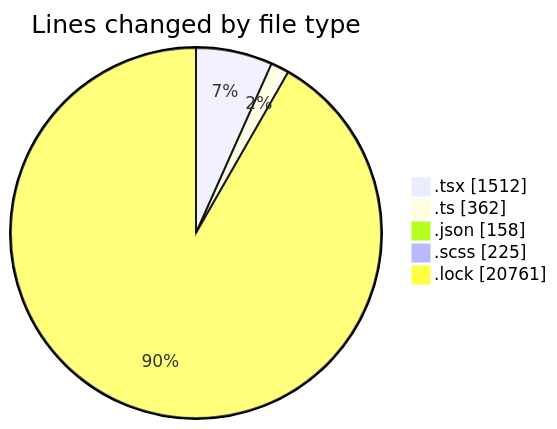
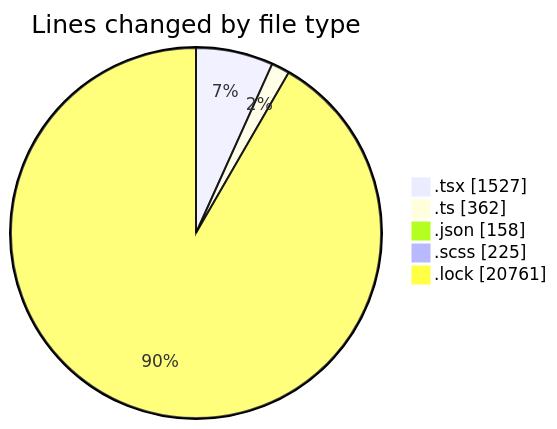
Before and after one commit to momahboobian/code-tracking: the first of 2 diagrams in 2025-04-29/cda/README.md, drawn with Mermaid. The commit also changed other lines of this file and 1 other file, not shown here.

````diff
--- a/2025-04-29/cda/README.md
+++ b/2025-04-29/cda/README.md
@@ -40,9 +40,9 @@
 ```mermaid
 pie showData
 title Lines changed by file type
-".tsx" : 1512
+".tsx" : 1527
 ".ts" : 362
 ".json" : 158
 ".scss" : 225
 ".lock" : 20761
 ```
````
